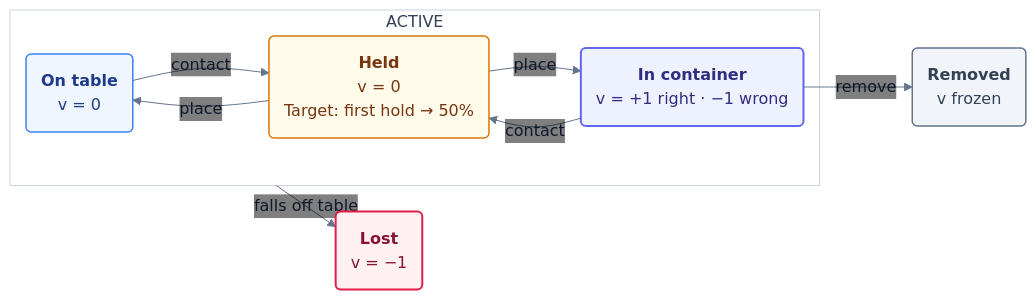
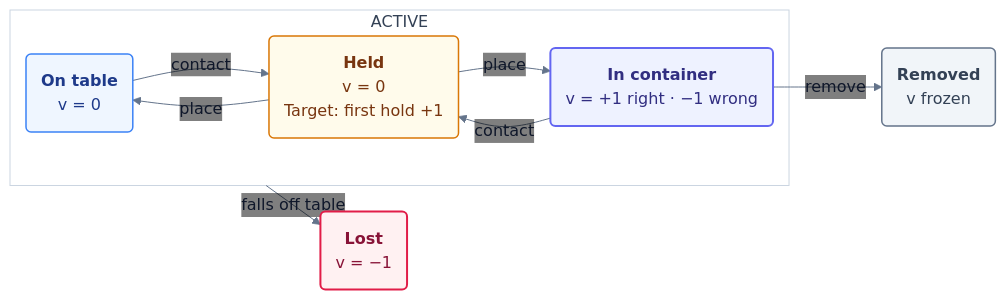
One commit to Grounded-Intelligence-Initiative/agentic-robotics-benchmark changed the diagram in tasks/arm/object_finding_and_organizing_on_messy_desk/verify/figures/object-automaton.mmd. Above: the diagram before and after it, drawn with Mermaid. The commit also changed 9 other files, not shown here.

```diff
--- a/tasks/arm/object_finding_and_organizing_on_messy_desk/verify/figures/object-automaton.mmd
+++ b/tasks/arm/object_finding_and_organizing_on_messy_desk/verify/figures/object-automaton.mmd
@@ -1,25 +1,25 @@
 %%{init: {"theme": "base", "themeVariables": {"fontFamily": "Arial, Helvetica, sans-serif", "fontSize": "16px", "lineColor": "#64748b", "primaryTextColor": "#0f172a", "edgeLabelBackground": "transparent", "clusterBkg": "#ffffff", "clusterBorder": "#cbd5e1"}, "flowchart": {"curve": "basis", "nodeSpacing": 32, "rankSpacing": 32, "htmlLabels": true}, "themeCSS": ".edgeLabel, .edgeLabel p, .edgeLabel span { background: transparent !important; background-color: transparent !important; } .edgeLabels span { font-size: 13px !important; color: #475569 !important; } .edgeLabels > g:nth-child(1) > g { translate: 0px -12px; } .edgeLabels > g:nth-child(2) > g { translate: 0px 12px; } .edgeLabels > g:nth-child(3) > g { translate: 0px -12px; } .edgeLabels > g:nth-child(4) > g { translate: 0px 13px; } .edgeLabels > g:nth-child(5) > g { translate: 0px -12px; } .edgeLabels > g:nth-child(6) > g { translate: -48px 0px; } "}}%%
 flowchart LR
     subgraph ACTIVE["ACTIVE"]
         T("<b>On table</b><br/>v = 0")
-        H("<b>Held</b><br/>v = 0<br/>Target: first hold → 50%")
+        H("<b>Held</b><br/>v = 0<br/>Target: first hold +1")
         C("<b>In container</b><br/>v = +1 right · −1 wrong")
         T -->|contact| H
         H -->|place| T
         H -->|place| C
         C -->|contact| H
     end
     C -->|remove| R("<b>Removed</b><br/>v frozen")
     ACTIVE -->|falls off table| L("<b>Lost</b><br/>v = −1")
 
     classDef neutral fill:#eff6ff,stroke:#3b82f6,color:#1e3a8a,stroke-width:1.5px;
     classDef moving fill:#fffbeb,stroke:#d97706,color:#78350f,stroke-width:1.5px;
     classDef placed fill:#eef2ff,stroke:#6366f1,color:#312e81,stroke-width:2px;
     classDef retired fill:#f1f5f9,stroke:#64748b,color:#334155,stroke-width:1.5px;
     classDef failure fill:#fff1f2,stroke:#e11d48,color:#881337,stroke-width:2px;
     class T neutral;
     class H moving;
     class C placed;
     class R retired;
     class L failure;
     style ACTIVE fill:#ffffff,stroke:#cbd5e1,color:#334155
```
